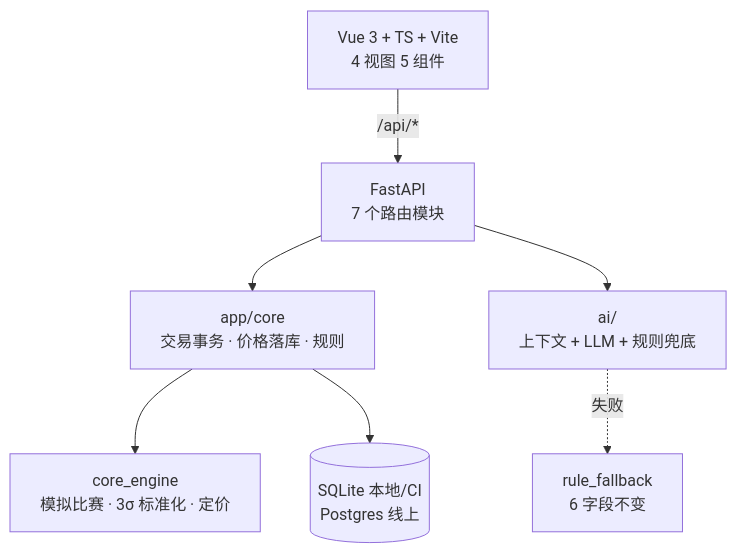
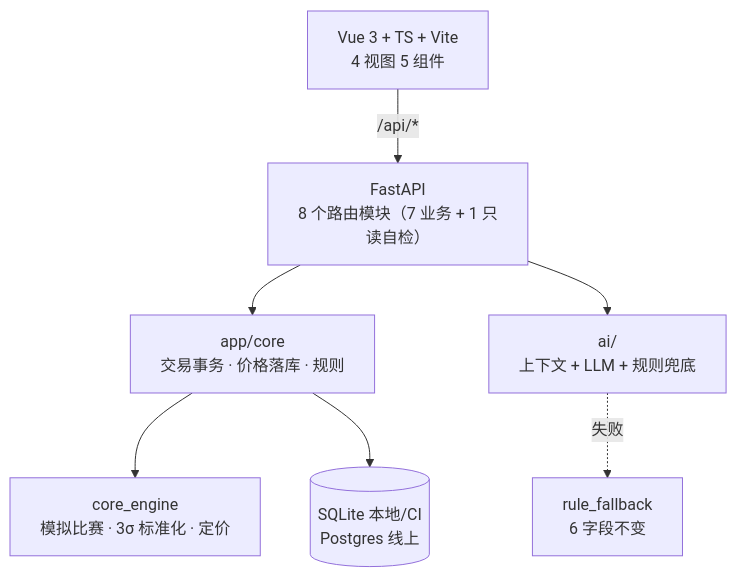
The diagram in docs/presentation/slides.md (July75-bit/Innovation), drawn with Mermaid before and after one commit. The commit also changed other lines of this file and 6 other files, not shown here.

````diff
--- a/docs/presentation/slides.md
+++ b/docs/presentation/slides.md
@@ -157,9 +157,9 @@
 ```mermaid
 flowchart TB
-  UI["Vue 3 + TS + Vite<br/>4 视图 5 组件"] -->|"/api/*"| API["FastAPI<br/>7 个路由模块"]
+  UI["Vue 3 + TS + Vite<br/>4 视图 5 组件"] -->|"/api/*"| API["FastAPI<br/>8 个路由模块（7 业务 + 1 只读自检）"]
   API --> CORE["app/core<br/>交易事务 · 价格落库 · 规则"]
   API --> AI["ai/<br/>上下文 + LLM + 规则兜底"]
   CORE --> ENGINE["core_engine<br/>模拟比赛 · 3σ 标准化 · 定价"]
   CORE --> DB[("SQLite 本地/CI<br/>Postgres 线上")]
   AI -.失败.-> FALLBACK["rule_fallback<br/>6 字段不变"]
 ```
````
